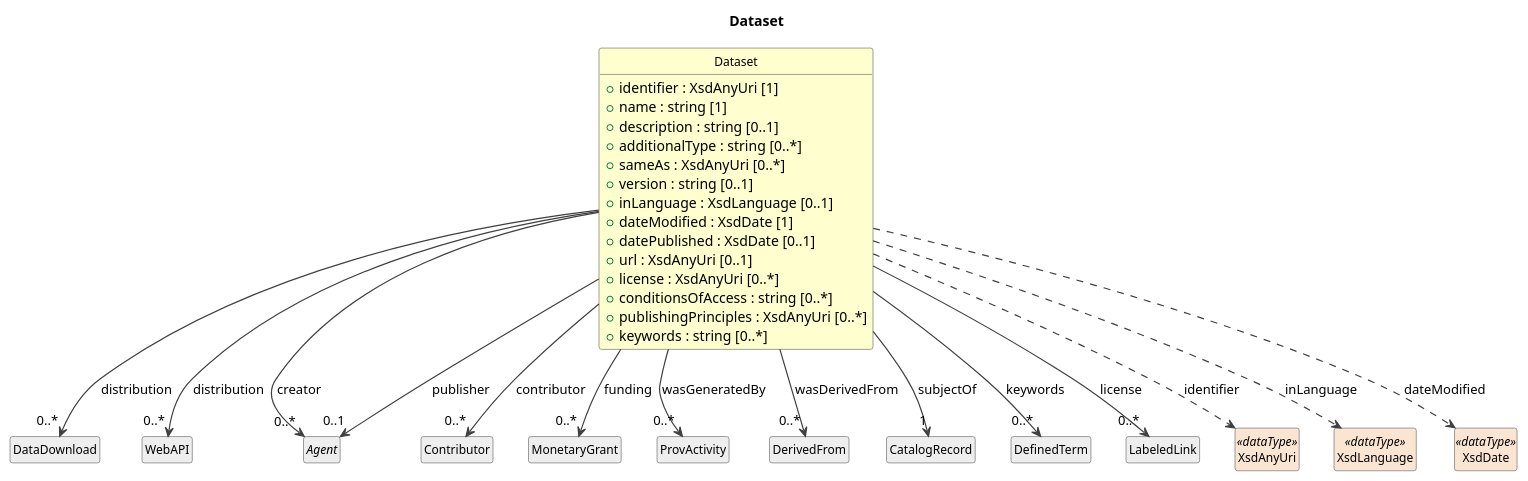
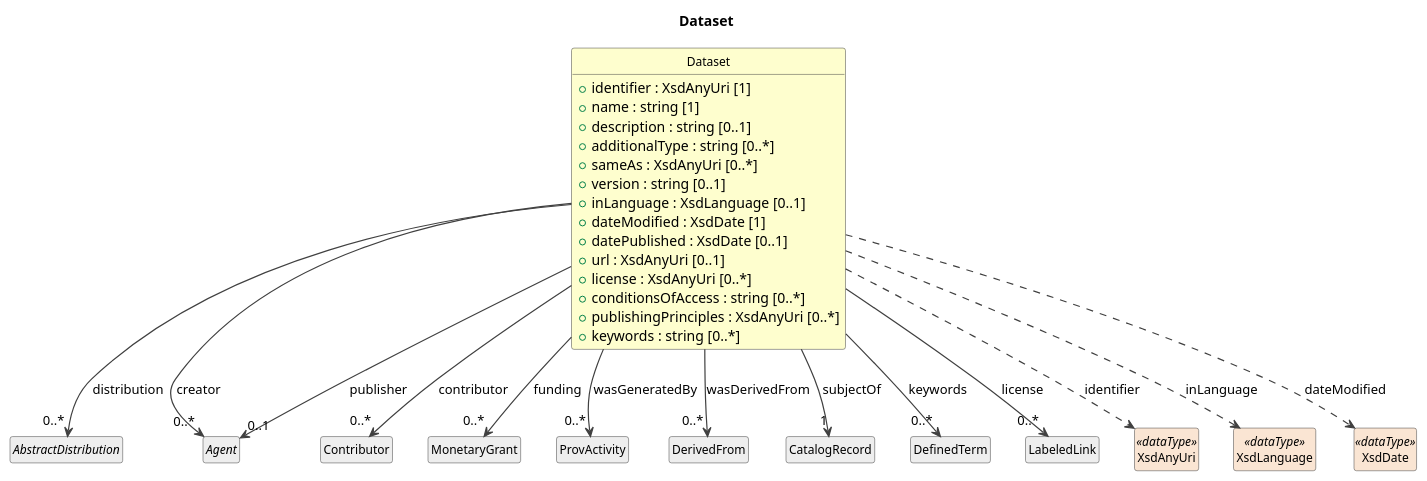
Before and after one commit to Cross-Domain-Interoperability-Framework/metadataBuildingBlocks: the diagram in build/field-level-documentation/CDIFCore/Classes/Dataset.pu, drawn with PlantUML. The commit also changed 64 other files, not shown here.

```diff
--- a/build/field-level-documentation/CDIFCore/Classes/Dataset.pu
+++ b/build/field-level-documentation/CDIFCore/Classes/Dataset.pu
@@ -1,57 +1,55 @@
 @startuml
 title Dataset
 hide circle
 hide empty members
 skinparam shadowing false
 skinparam ArrowThickness 1.2
 skinparam class {
   ArrowColor #404040
   BorderColor #404040
   FontSize 12
 }
 
 class "Dataset" as Dataset #FEFECE {
   +identifier : XsdAnyUri [1]
   +name : string [1]
   +description : string [0..1]
   +additionalType : string [0..*]
   +sameAs : XsdAnyUri [0..*]
   +version : string [0..1]
   +inLanguage : XsdLanguage [0..1]
   +dateModified : XsdDate [1]
   +datePublished : XsdDate [0..1]
   +url : XsdAnyUri [0..1]
   +license : XsdAnyUri [0..*]
   +conditionsOfAccess : string [0..*]
   +publishingPrinciples : XsdAnyUri [0..*]
   +keywords : string [0..*]
 }
-class "DataDownload" as DataDownload #EEEEEE
-Dataset --> "0..*" DataDownload : distribution
-class "WebAPI" as WebAPI #EEEEEE
-Dataset --> "0..*" WebAPI : distribution
+abstract class "AbstractDistribution" as AbstractDistribution #EEEEEE
+Dataset --> "0..*" AbstractDistribution : distribution
 abstract class "Agent" as Agent #EEEEEE
 Dataset --> "0..*" Agent : creator
 class "Contributor" as Contributor #EEEEEE
 Dataset --> "0..*" Contributor : contributor
 Dataset --> "0..1" Agent : publisher
 class "MonetaryGrant" as MonetaryGrant #EEEEEE
 Dataset --> "0..*" MonetaryGrant : funding
 class "ProvActivity" as ProvActivity #EEEEEE
 Dataset --> "0..*" ProvActivity : wasGeneratedBy
 class "DerivedFrom" as DerivedFrom #EEEEEE
 Dataset --> "0..*" DerivedFrom : wasDerivedFrom
 class "CatalogRecord" as CatalogRecord #EEEEEE
 Dataset --> "1" CatalogRecord : subjectOf
 class "DefinedTerm" as DefinedTerm #EEEEEE
 Dataset --> "0..*" DefinedTerm : keywords
 class "LabeledLink" as LabeledLink #EEEEEE
 Dataset --> "0..*" LabeledLink : license
 class "XsdAnyUri" as XsdAnyUri <<dataType>> #FAE5D3
 Dataset ..> XsdAnyUri : identifier
 class "XsdLanguage" as XsdLanguage <<dataType>> #FAE5D3
 Dataset ..> XsdLanguage : inLanguage
 class "XsdDate" as XsdDate <<dataType>> #FAE5D3
 Dataset ..> XsdDate : dateModified
 
 @enduml
```
